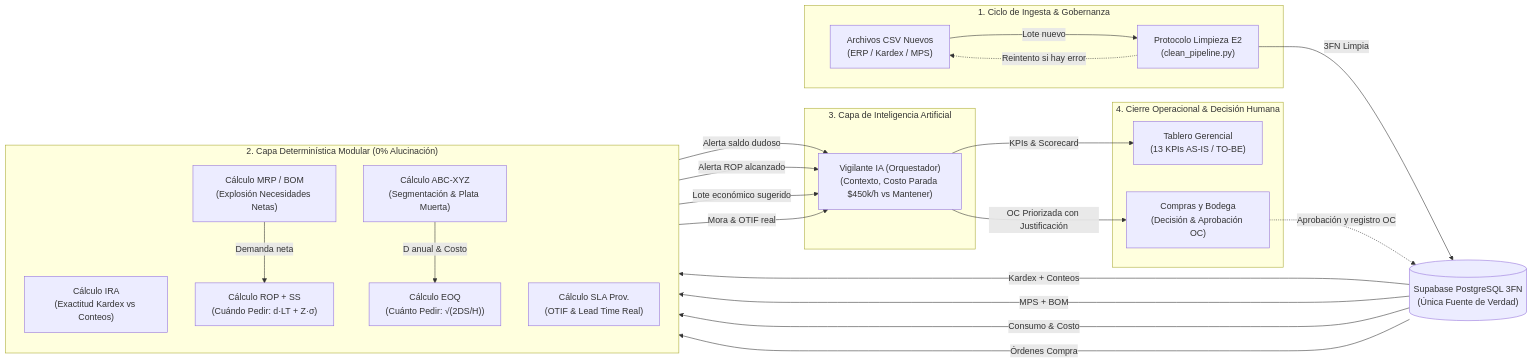
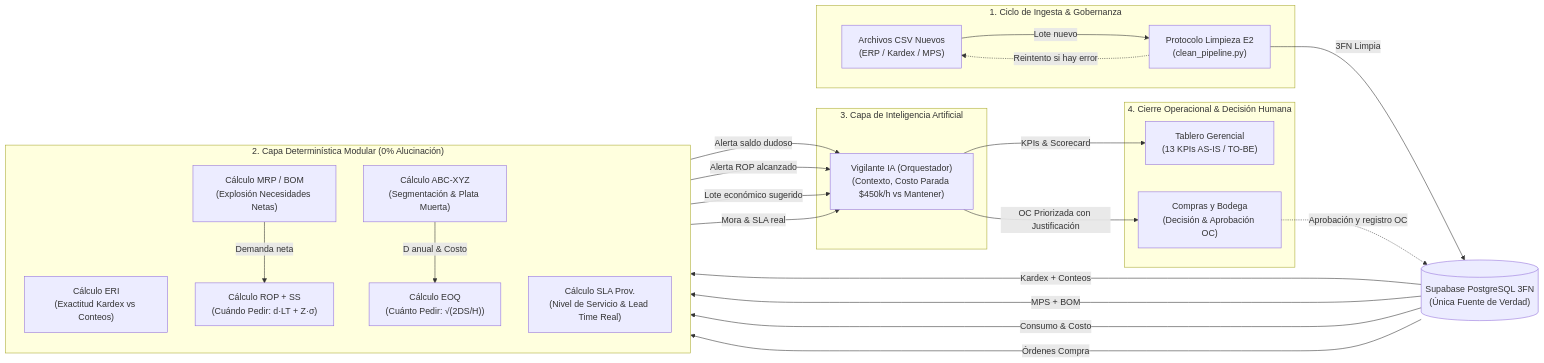
The first of 2 diagrams in README.md (juliancarmotrice-star/E2), drawn with Mermaid before and after one commit. The commit also changed other lines of this file and 4 other files, not shown here.

Commit message:
docs(kpi): adaptar terminologia a SLA de proveedores y calcular metricas de ERI en inventarios

````diff
--- a/README.md
+++ b/README.md
@@ -39,47 +39,47 @@
 ```mermaid
 flowchart LR
     subgraph GOB["1. Ciclo de Ingesta & Gobernanza"]
         CSV["Archivos CSV Nuevos<br/>(ERP / Kardex / MPS)"]
         CLEAN["Protocolo Limpieza E2<br/>(clean_pipeline.py)"]
         CSV -->|"Lote nuevo"| CLEAN
         CLEAN -.->|"Reintento si hay error"| CSV
     end
 
     DB[("Supabase PostgreSQL 3FN<br/>(Única Fuente de Verdad)")]
 
     subgraph MOT["2. Capa Determinística Modular (0% Alucinación)"]
         direction TB
-        IRA["Cálculo IRA<br/>(Exactitud Kardex vs Conteos)"]
+        ERI["Cálculo ERI<br/>(Exactitud Kardex vs Conteos)"]
         MRP["Cálculo MRP / BOM<br/>(Explosión Necesidades Netas)"]
         ABC["Cálculo ABC-XYZ<br/>(Segmentación & Plata Muerta)"]
-        SLA["Cálculo SLA Prov.<br/>(OTIF & Lead Time Real)"]
+        SLA["Cálculo SLA Prov.<br/>(Nivel de Servicio & Lead Time Real)"]
         ROP["Cálculo ROP + SS<br/>(Cuándo Pedir: d·LT + Z·σ)"]
         EOQ["Cálculo EOQ<br/>(Cuánto Pedir: √(2DS/H))"]
     end
 
     subgraph IA["3. Capa de Inteligencia Artificial"]
         VIG["Vigilante IA (Orquestador)<br/>(Contexto, Costo Parada $450k/h vs Mantener)"]
     end
 
     subgraph OUT["4. Cierre Operacional & Decisión Humana"]
         TAB["Tablero Gerencial<br/>(13 KPIs AS-IS / TO-BE)"]
         HUM["Compras y Bodega<br/>(Decisión & Aprobación OC)"]
     end
 
     CLEAN -->|"3FN Limpia"| DB
-    DB -->|"Kardex + Conteos"| IRA
+    DB -->|"Kardex + Conteos"| ERI
     DB -->|"MPS + BOM"| MRP
     DB -->|"Consumo & Costo"| ABC
     DB -->|"Órdenes Compra"| SLA
     MRP -->|"Demanda neta"| ROP
     ABC -->|"D anual & Costo"| EOQ
 
-    IRA -->|"Alerta saldo dudoso"| VIG
+    ERI -->|"Alerta saldo dudoso"| VIG
     ROP -->|"Alerta ROP alcanzado"| VIG
     EOQ -->|"Lote económico sugerido"| VIG
-    SLA -->|"Mora & OTIF real"| VIG
+    SLA -->|"Mora & SLA real"| VIG
 
     VIG -->|"KPIs & Scorecard"| TAB
     VIG -->|"OC Priorizada con Justificación"| HUM
     HUM -.->|"Aprobación y registro OC"| DB
 ```
````
